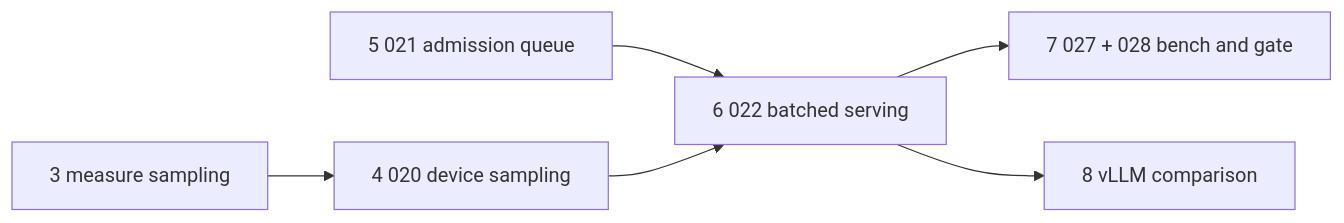
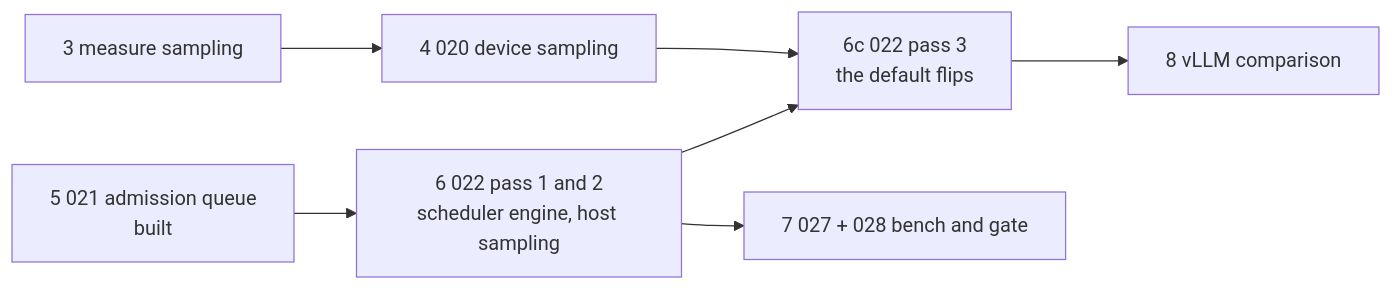
The second of 3 diagrams in specs/README.md (latere-ai/tgo), drawn with Mermaid before and after one commit. The commit also changed other lines of this file and 2 other files, not shown here.

First line of the commit message:
specs: 021 is built, and its section 5 race had two winners

````diff
--- a/specs/README.md
+++ b/specs/README.md
@@ -225,8 +229,9 @@
 ```mermaid
 flowchart LR
   M["3 measure sampling"] --> S["4 020 device sampling"]
-  Q["5 021 admission queue"] --> V["6 022 batched serving"]
-  S --> V
+  Q["5 021 admission queue<br/>built"] --> V["6 022 pass 1 and 2<br/>scheduler engine, host sampling"]
+  V --> D["6c 022 pass 3<br/>the default flips"]
+  S --> D
   V --> B["7 027 + 028 bench and gate"]
-  V --> C["8 vLLM comparison"]
+  D --> C["8 vLLM comparison"]
 ```
````
